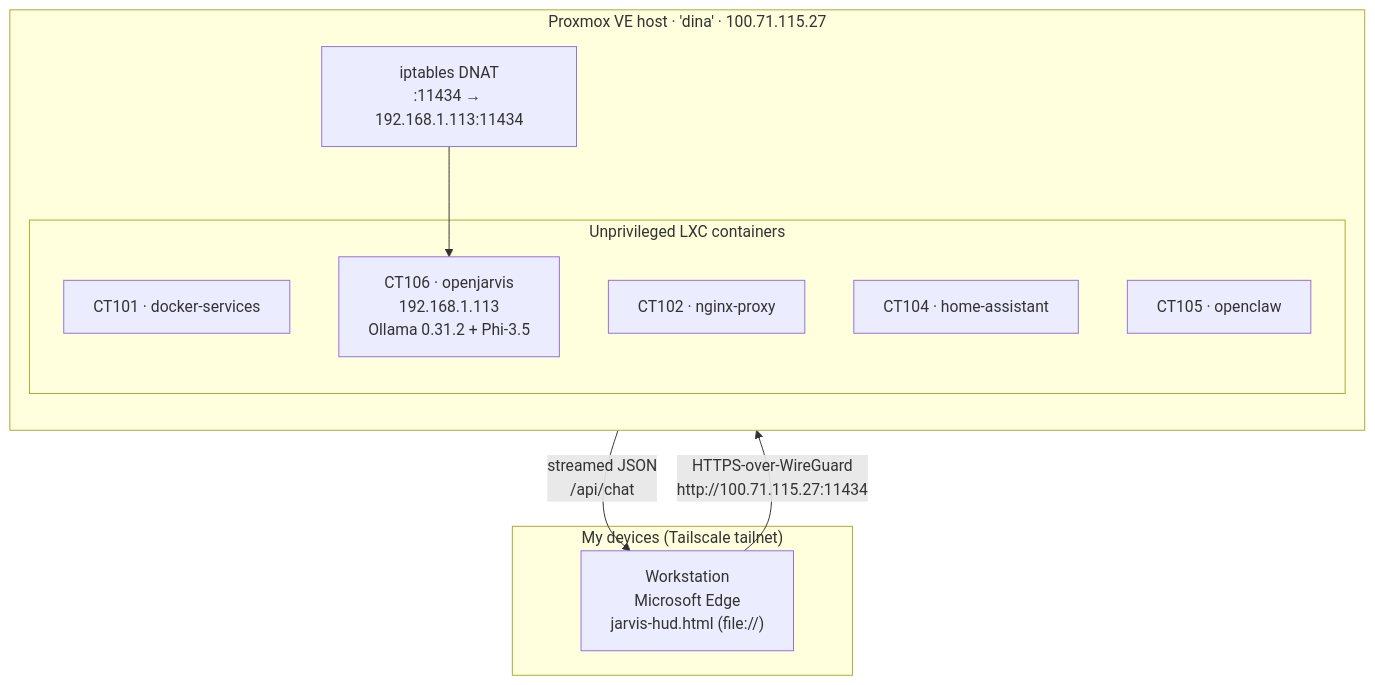
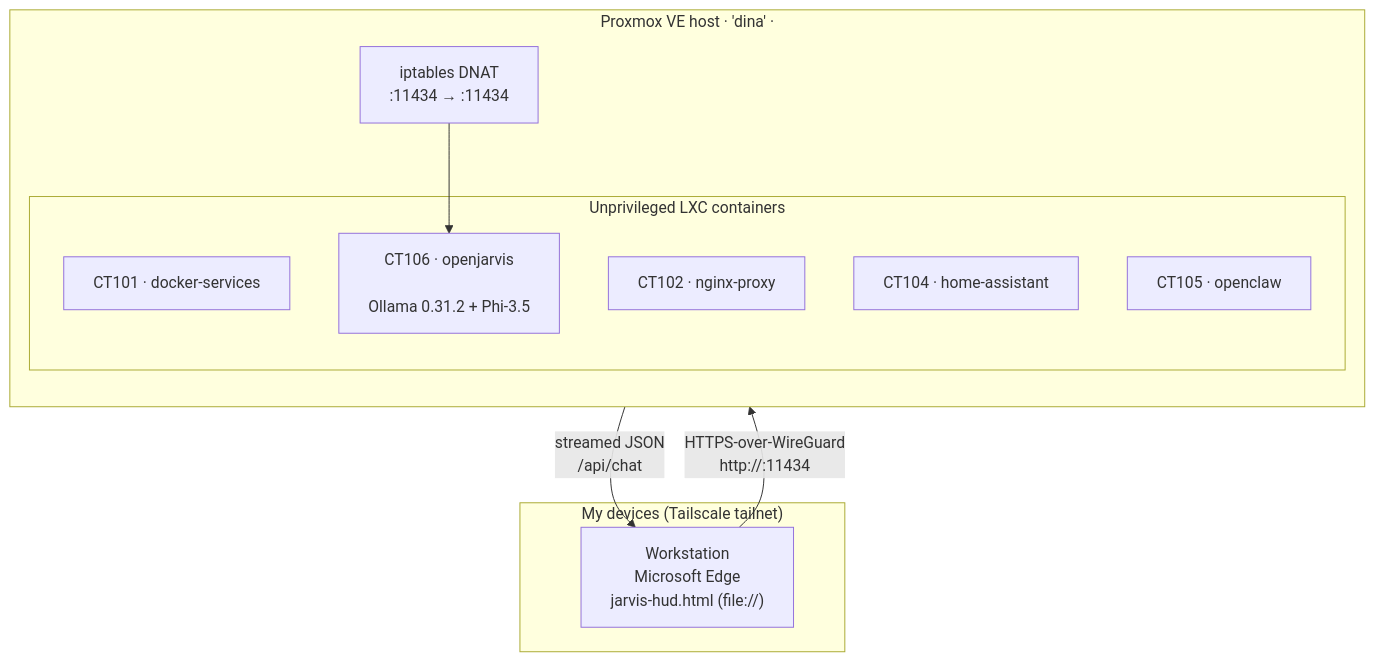
Before and after one commit to Dinaverse/jarvis-homelab: the diagram in README.md, drawn with Mermaid. The commit also changed other lines of this file and 3 other files, not shown here.

Commit message:
Redact real Tailscale and LAN IPs from docs and config

````diff
--- a/README.md
+++ b/README.md
@@ -52,22 +52,22 @@
 ```mermaid
 flowchart TB
     subgraph devices["My devices (Tailscale tailnet)"]
         WS["Workstation<br/>Microsoft Edge<br/>jarvis-hud.html (file://)"]
     end
 
-    subgraph host["Proxmox VE host  ·  'dina'  ·  100.71.115.27"]
+    subgraph host["Proxmox VE host  ·  'dina'  ·  <PROXMOX_HOST_TAILSCALE_IP>"]
         direction TB
-        NAT["iptables DNAT<br/>:11434 → 192.168.1.113:11434"]
+        NAT["iptables DNAT<br/>:11434 → <CT106_LAN_IP>:11434"]
         subgraph lxc["Unprivileged LXC containers"]
             C101["CT101 · docker-services"]
             C102["CT102 · nginx-proxy"]
             C104["CT104 · home-assistant"]
             C105["CT105 · openclaw"]
-            C106["CT106 · openjarvis<br/>192.168.1.113<br/>Ollama 0.31.2 + Phi-3.5"]
+            C106["CT106 · openjarvis<br/><CT106_LAN_IP><br/>Ollama 0.31.2 + Phi-3.5"]
         end
     end
 
-    WS -- "HTTPS-over-WireGuard<br/>http://100.71.115.27:11434" --> NAT
+    WS -- "HTTPS-over-WireGuard<br/>http://<PROXMOX_HOST_TAILSCALE_IP>:11434" --> NAT
     NAT --> C106
     C106 -- "streamed JSON<br/>/api/chat" --> WS
 ```
````
